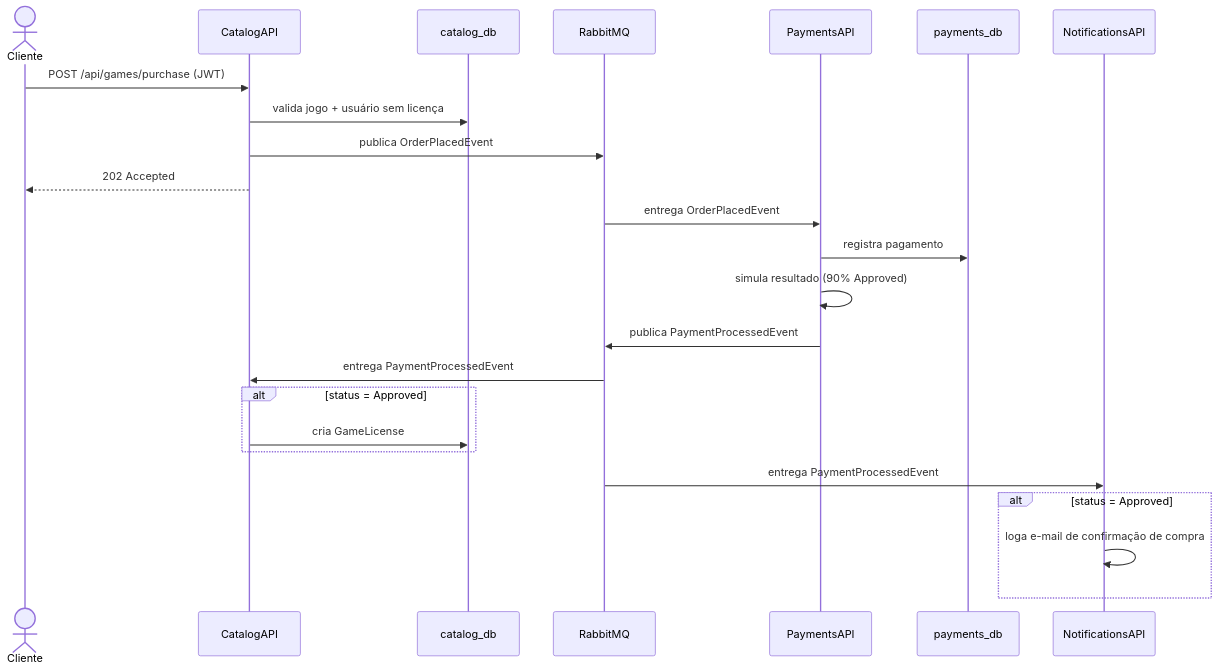
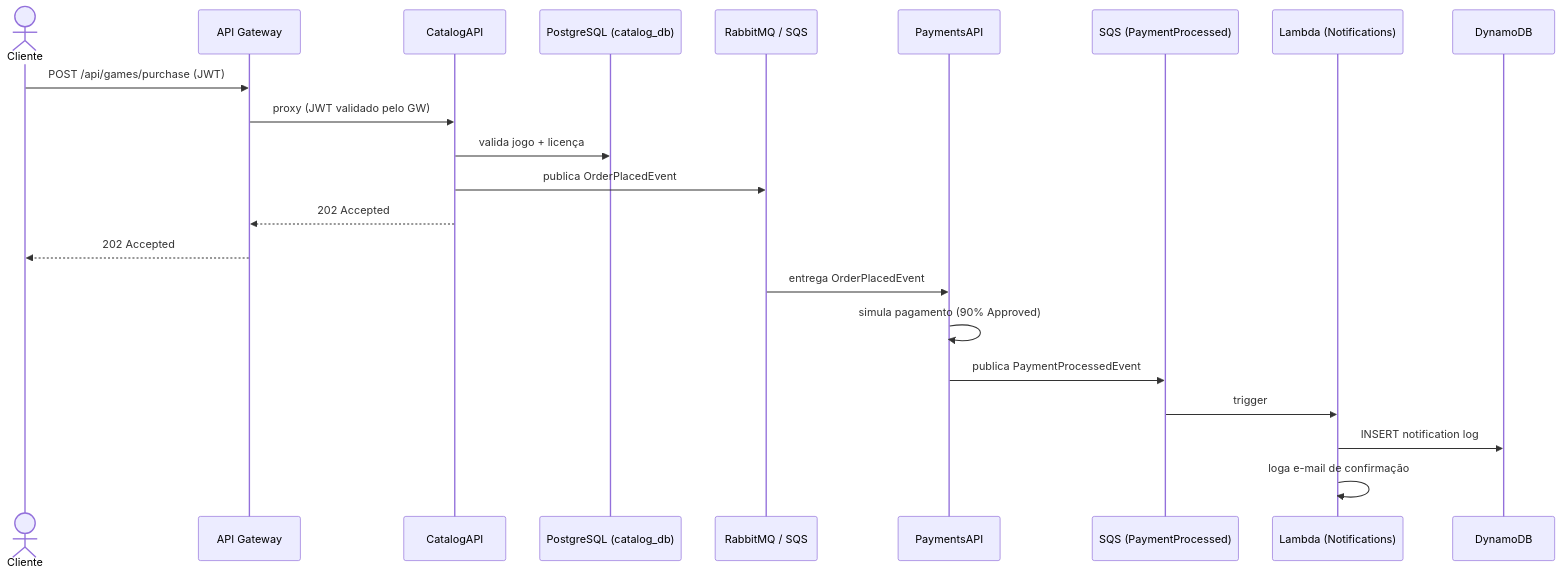
One commit to heroshg/Orchestration changed the second of 2 diagrams in README.md. Above: the diagram before and after it, drawn with Mermaid. The commit also changed other lines of this file and 39 other files, not shown here.

Commit message:
feat: Datadog, deploy ECR ECS, DynamoDb, Fila SQS, Lambda para notifications, API Gateway

````diff
--- a/README.md
+++ b/README.md
@@ -166,30 +155,27 @@
 ```mermaid
 sequenceDiagram
     actor Cliente
+    participant GW as API Gateway
     participant CA as CatalogAPI
-    participant DB2 as catalog_db
-    participant RMQ as RabbitMQ
+    participant DB2 as PostgreSQL (catalog_db)
+    participant RMQ as RabbitMQ / SQS
     participant PA as PaymentsAPI
-    participant DB3 as payments_db
-    participant NA as NotificationsAPI
+    participant SQS as SQS (PaymentProcessed)
+    participant L as Lambda (Notifications)
+    participant DDB as DynamoDB
 
-    Cliente->>CA: POST /api/games/purchase (JWT)
-    CA->>DB2: valida jogo + usuário sem licença
+    Cliente->>GW: POST /api/games/purchase (JWT)
+    GW->>CA: proxy (JWT validado pelo GW)
+    CA->>DB2: valida jogo + licença
     CA->>RMQ: publica OrderPlacedEvent
-    CA-->>Cliente: 202 Accepted
+    CA-->>GW: 202 Accepted
+    GW-->>Cliente: 202 Accepted
 
     RMQ->>PA: entrega OrderPlacedEvent
-    PA->>DB3: registra pagamento
-    PA->>PA: simula resultado (90% Approved)
-    PA->>RMQ: publica PaymentProcessedEvent
+    PA->>PA: simula pagamento (90% Approved)
+    PA->>SQS: publica PaymentProcessedEvent
 
-    RMQ->>CA: entrega PaymentProcessedEvent
-    alt status = Approved
-        CA->>DB2: cria GameLicense
-    end
-
-    RMQ->>NA: entrega PaymentProcessedEvent
-    alt status = Approved
-        NA->>NA: loga e-mail de confirmação de compra
-    end
+    SQS->>L: trigger
+    L->>DDB: INSERT notification log
+    L->>L: loga e-mail de confirmação
 ```
````
